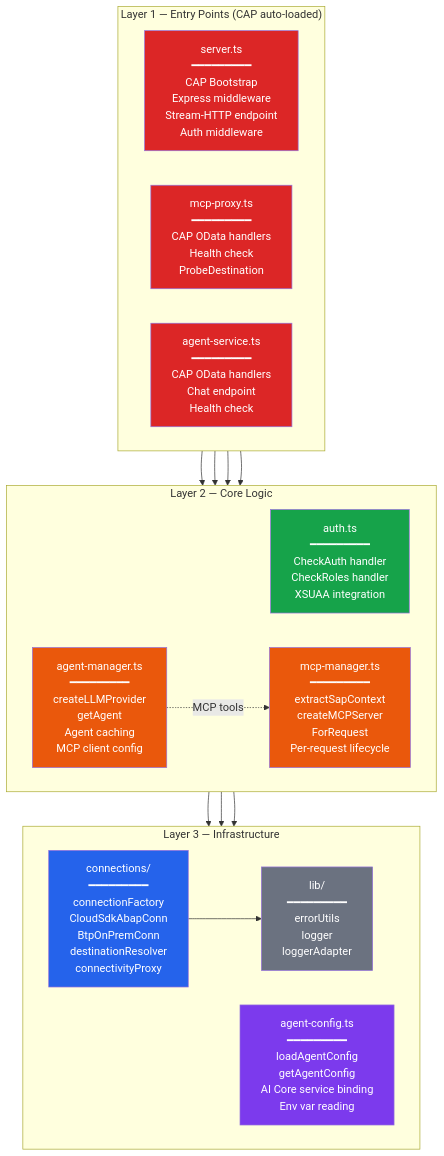
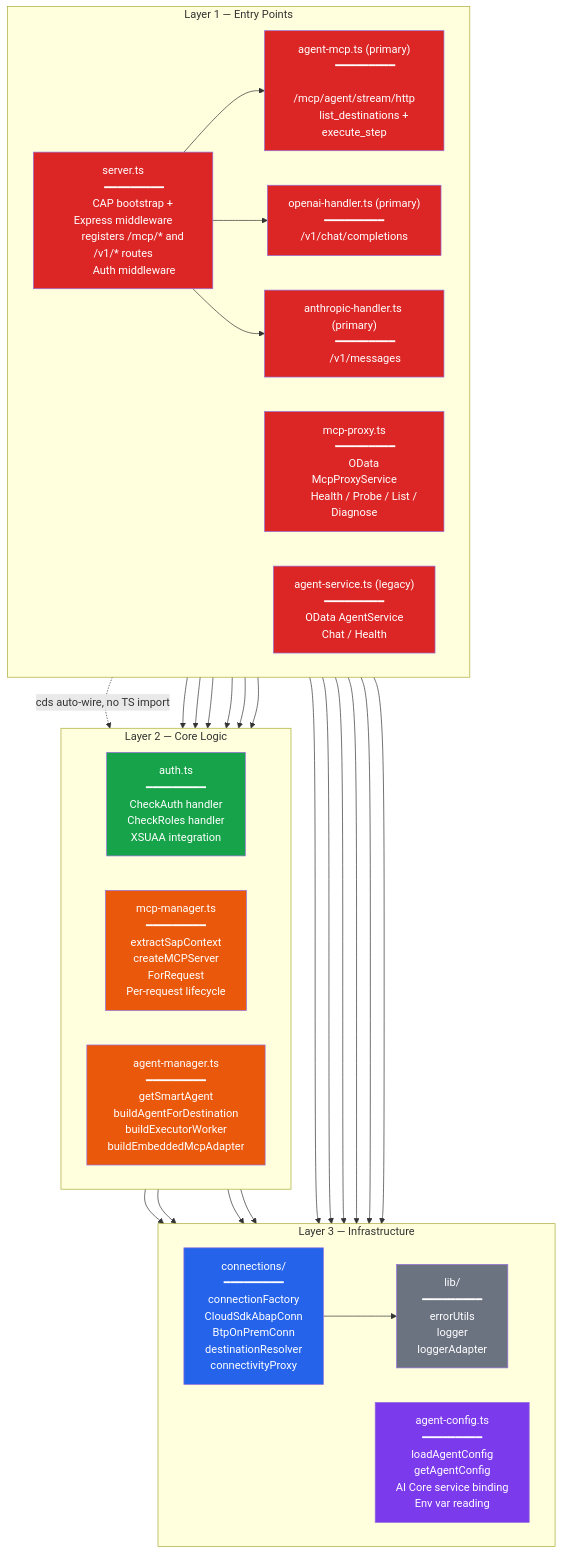
Before and after one commit to fr0ster/cloud-llm-hub: the fourth of 24 diagrams in docs/architecture/ARCHITECTURE.md, drawn with Mermaid. The commit also changed other lines of this file, not shown here.

First line of the commit message:
docs(architecture): correct stale agent-surface / file-layout / ToC to current reality (PR-186)

````diff
--- a/docs/architecture/ARCHITECTURE.md
+++ b/docs/architecture/ARCHITECTURE.md
@@ -194,23 +228,30 @@
 ```mermaid
 graph TD
-    subgraph ENTRY["Layer 1 — Entry Points  (CAP auto-loaded)"]
+    subgraph ENTRY["Layer 1 — Entry Points"]
         direction LR
         A["server.ts
         ━━━━━━━━━
-        CAP Bootstrap
-        Express middleware
-        Stream-HTTP endpoint
+        CAP bootstrap + Express middleware
+        registers /mcp/* and /v1/* routes
         Auth middleware"]
+        AM["agent-mcp.ts (primary)
+        ━━━━━━━━━
+        /mcp/agent/stream/http
+        list_destinations + execute_step"]
+        OH["openai-handler.ts (primary)
+        ━━━━━━━━━
+        /v1/chat/completions"]
+        AH["anthropic-handler.ts (primary)
+        ━━━━━━━━━
+        /v1/messages"]
         B["mcp-proxy.ts
         ━━━━━━━━━
-        CAP OData handlers
-        Health check
-        ProbeDestination"]
-        C["agent-service.ts
+        OData McpProxyService
+        Health / Probe / List / Diagnose"]
+        C["agent-service.ts (legacy)
         ━━━━━━━━━
-        CAP OData handlers
-        Chat endpoint
-        Health check"]
+        OData AgentService
+        Chat / Health"]
     end
 
     subgraph CORE["Layer 2 — Core Logic"]
@@ -228,10 +269,10 @@
         Per-request lifecycle"]
         F["agent-manager.ts
         ━━━━━━━━━
-        createLLMProvider
-        getAgent
-        Agent caching
-        MCP client config"]
+        getSmartAgent
+        buildAgentForDestination
+        buildExecutorWorker
+        buildEmbeddedMcpAdapter"]
     end
 
     subgraph INFRA["Layer 3 — Infrastructure"]
@@ -256,18 +297,33 @@
         Env var reading"]
     end
 
-    A --> E
+    A -.->|"cds auto-wire, no TS import"| E
     A --> D
-    B --> D
+    A --> AM
+    A --> OH
+    A --> AH
+    A --> F
+    A --> I
+    AM --> F
+    AM --> G
+    AM --> H
+    OH --> F
+    OH --> H
+    AH --> F
+    AH --> H
     C --> F
+    B --> H
 
     D --> G
     D --> H
     F --> I
-    F -.->|MCP tools| D
+    F --> H
     G --> H
 
     style A fill:#dc2626,color:#fff
+    style AM fill:#dc2626,color:#fff
+    style OH fill:#dc2626,color:#fff
+    style AH fill:#dc2626,color:#fff
     style B fill:#dc2626,color:#fff
     style C fill:#dc2626,color:#fff
     style D fill:#ea580c,color:#fff
````
